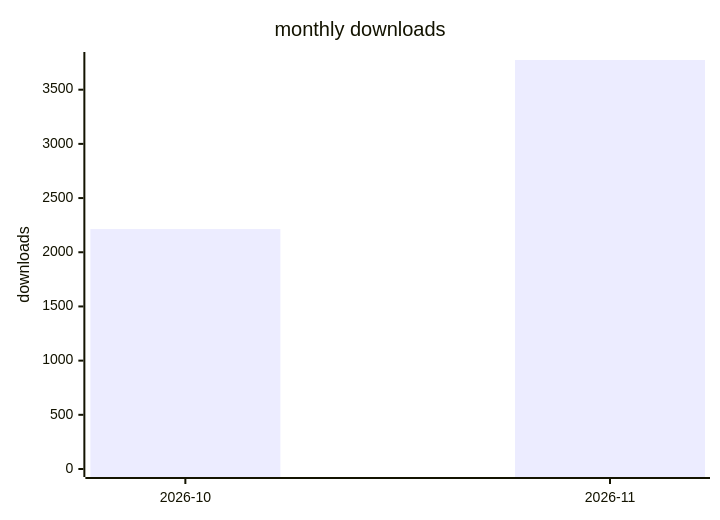
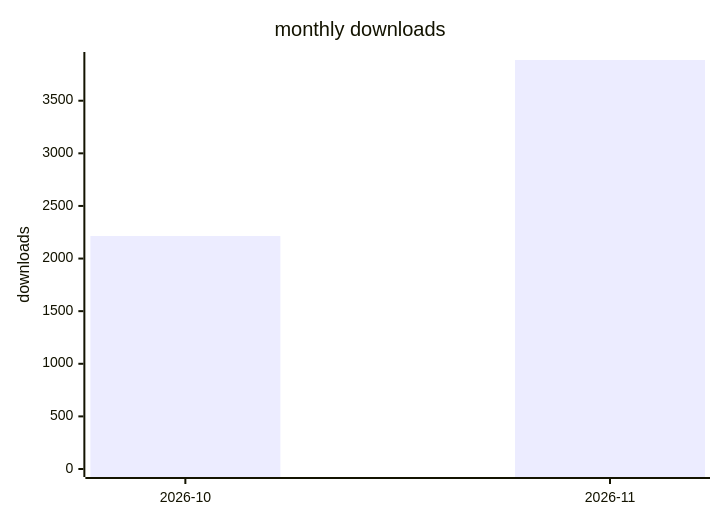
Before and after one commit to terry2010/dsh-rss-news-daily: the second of 2 diagrams in docs/downloads-2026.md, drawn with Mermaid. The commit also changed other lines of this file and 1 other file, not shown here.

````diff
--- a/docs/downloads-2026.md
+++ b/docs/downloads-2026.md
@@ -29,7 +29,7 @@
 ```mermaid
 xychart-beta
     title "monthly downloads"
     x-axis ["2026-10", "2026-11"]
-    y-axis "downloads" 0 --> 3774
-    bar [2214, 3774]
+    y-axis "downloads" 0 --> 3887
+    bar [2214, 3887]
 ```
````
